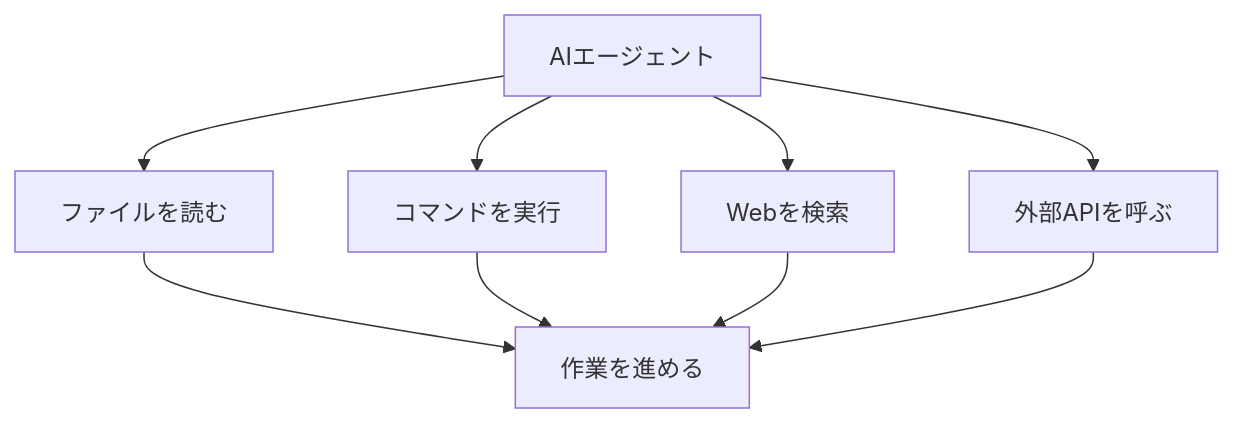
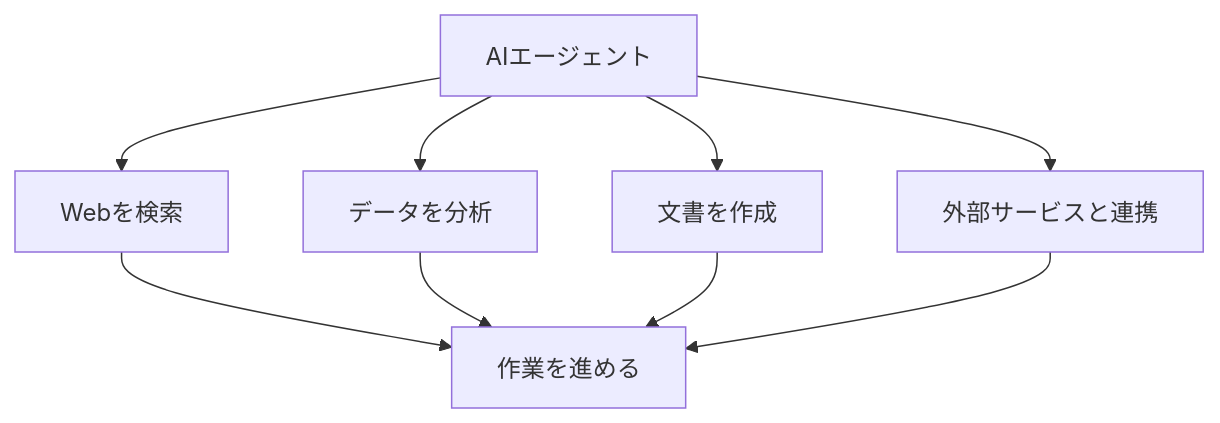
The second of 2 diagrams in book/pages/AIエージェントとは.md (cyber-freaks-jp/AI_Driven_Development_Course), drawn with Mermaid before and after one commit. The commit also changed other lines of this file, not shown here.

````diff
--- a/book/pages/AIエージェントとは.md
+++ b/book/pages/AIエージェントとは.md
@@ -83,12 +76,12 @@
 ```mermaid
 graph TD
-    A[AIエージェント] --> B[ファイルを読む]
-    A --> C[コマンドを実行]
-    A --> D[Webを検索]
-    A --> E[外部APIを呼ぶ]
+    A[AIエージェント] --> B[Webを検索]
+    A --> C[データを分析]
+    A --> D[文書を作成]
+    A --> E[外部サービスと連携]
 
     B --> F[作業を進める]
     C --> F
     D --> F
     E --> F
 ```
````
